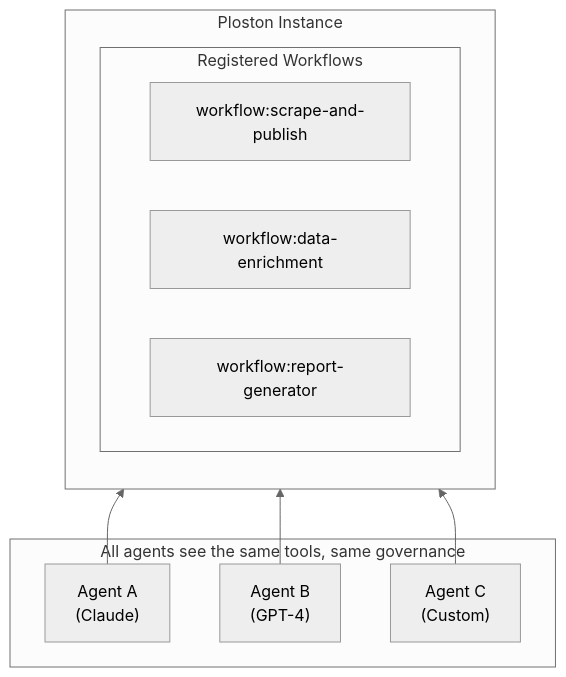
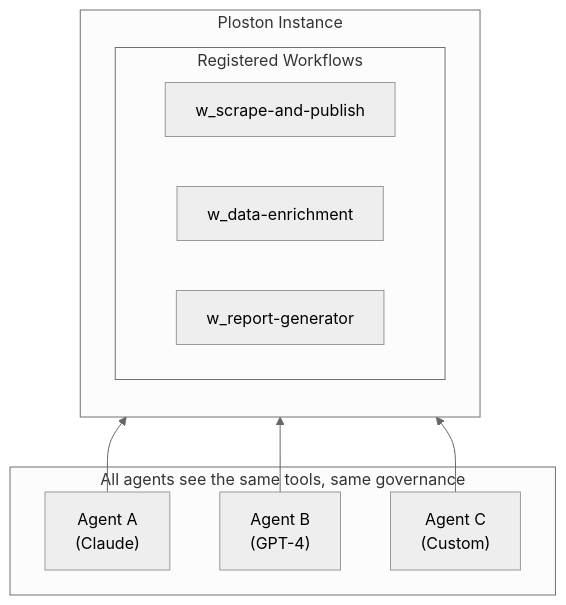
One commit to ostanlabs/ael_documentation changed the second of 2 diagrams in docs/concepts/workflows-as-tools.md. Above: the diagram before and after it, drawn with Mermaid (neutral theme). The commit also changed other lines of this file and 20 other files, not shown here.

````diff
--- a/docs/concepts/workflows-as-tools.md
+++ b/docs/concepts/workflows-as-tools.md
@@ -93,20 +93,20 @@
 ```mermaid
 flowchart BT
     subgraph Agents["All agents see the same tools, same governance"]
         A["Agent A<br/>(Claude)"]
         B["Agent B<br/>(GPT-4)"]
         C["Agent C<br/>(Custom)"]
     end
 
     subgraph Ploston["Ploston Instance"]
         subgraph Workflows["Registered Workflows"]
-            W1["workflow:scrape-and-publish"]
-            W2["workflow:data-enrichment"]
-            W3["workflow:report-generator"]
+            W1["w_scrape-and-publish"]
+            W2["w_data-enrichment"]
+            W3["w_report-generator"]
         end
     end
 
     A --> Ploston
     B --> Ploston
     C --> Ploston
 ```
````
